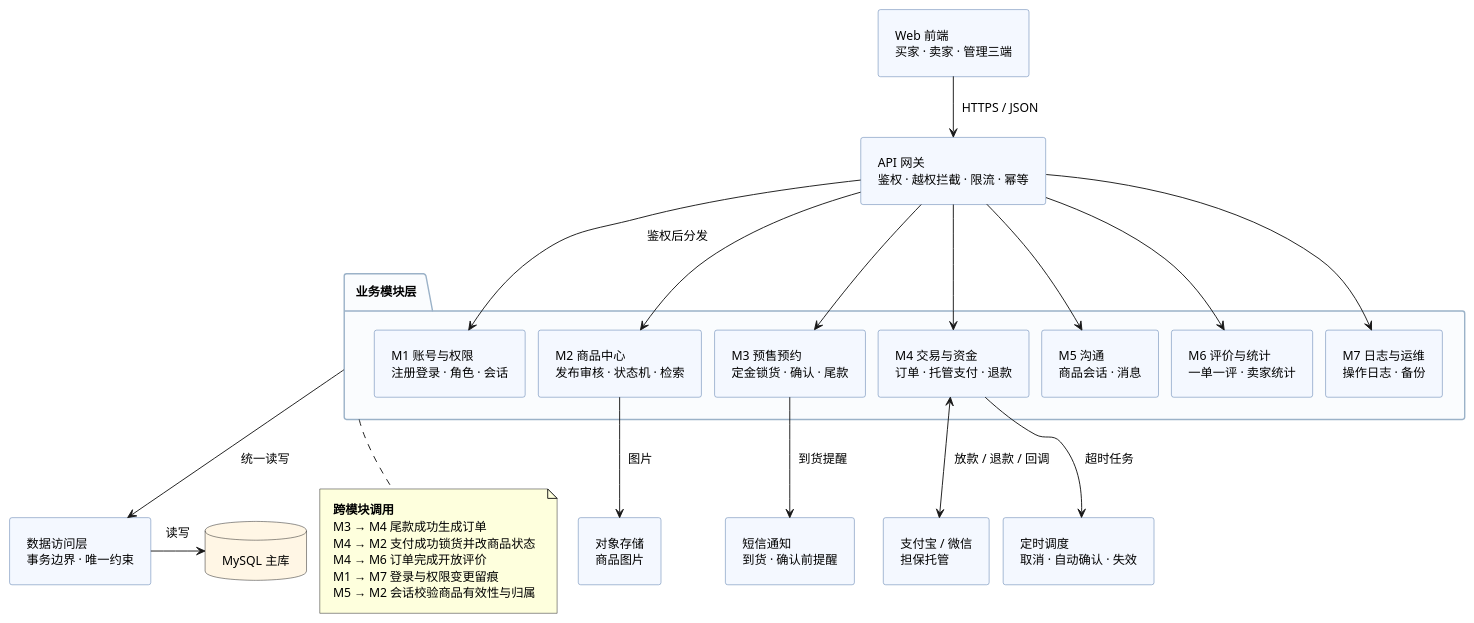
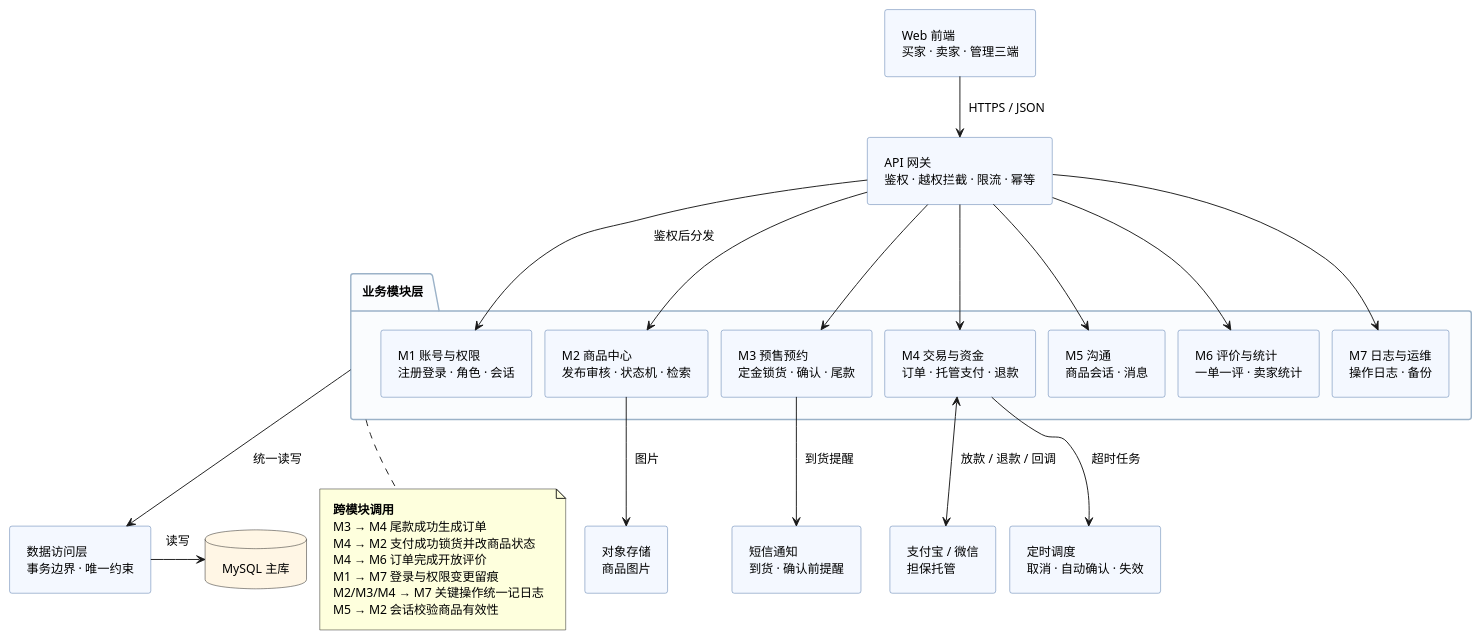
One commit to XuHR233/SE-lab1-requirements changed the diagram in lab02/UML/组件图.puml. Above: the diagram before and after it, drawn with PlantUML. The commit also changed 15 other files, not shown here.

Commit message:
按需求逐条复核全部 UML 图：类图补结算记录/纠纷工单与角色枚举，活动图2 补 15 天自动退款与客服介入分支，订单状态图补自动退款与预售取消口径，用例图补客服说明

```diff
--- a/lab02/UML/组件图.puml
+++ b/lab02/UML/组件图.puml
@@ -1,68 +1,69 @@
 @startuml
 ' 实验二 · 二手交易系统 · 组件图（模块划分与模块交互）
 ' 画法取舍：职责写进模块框内，不再用大块便签解释；跨模块交互压成底部图注。
 ' 版心约束：报告 A4 版心 16cm，图越宽字越小（12px 字号在 1920px 宽图上打印只有 1.0mm）。
 '           故模块标签压到 2 行、图注拆短行，把画布宽度收到 ~1100px，字高约 1.7mm 可读。
 skinparam defaultFontName "Microsoft YaHei"
 skinparam defaultFontSize 13
 skinparam shadowing false
 skinparam nodesep 14
 skinparam ranksep 30
 skinparam padding 8
 skinparam componentStyle rectangle
 skinparam component {
   BackgroundColor #F4F8FF
   BorderColor #4A6FA5
 }
 skinparam packageBackgroundColor #FAFCFE
 skinparam packageBorderColor #9BB2C8
 skinparam databaseBackgroundColor #FFF6E5
 
 component "Web 前端\n买家 · 卖家 · 管理三端" as FE
 component "API 网关\n鉴权 · 越权拦截 · 限流 · 幂等" as GW
 
 package "业务模块层" as BIZ {
   component "M1 账号与权限\n注册登录 · 角色 · 会话" as M1
   component "M2 商品中心\n发布审核 · 状态机 · 检索" as M2
   component "M3 预售预约\n定金锁货 · 确认 · 尾款" as M3
   component "M4 交易与资金\n订单 · 托管支付 · 退款" as M4
   component "M5 沟通\n商品会话 · 消息" as M5
   component "M6 评价与统计\n一单一评 · 卖家统计" as M6
   component "M7 日志与运维\n操作日志 · 备份" as M7
 }
 
 component "数据访问层\n事务边界 · 唯一约束" as DAO
 database "MySQL 主库" as DB
 component "支付宝 / 微信\n担保托管" as PAY
 component "对象存储\n商品图片" as OSS
 component "短信通知\n到货 · 确认前提醒" as SMS
 component "定时调度\n取消 · 自动确认 · 失效" as SCHED
 
 ' ———— 分层调用 ————
 FE --> GW : HTTPS / JSON
 
 GW --> M1 : 鉴权后分发
 GW --> M2
 GW --> M3
 GW --> M4
 GW --> M5
 GW --> M6
 GW --> M7
 
 BIZ --> DAO : 统一读写
 DAO -right-> DB : 读写
 M4 <--> PAY : 放款 / 退款 / 回调
 M2 --> OSS : 图片
 M3 --> SMS : 到货提醒
 M4 --> SCHED : 超时任务
 
 note bottom of BIZ
   <b>跨模块调用</b>
   M3 → M4 尾款成功生成订单
   M4 → M2 支付成功锁货并改商品状态
   M4 → M6 订单完成开放评价
   M1 → M7 登录与权限变更留痕
-  M5 → M2 会话校验商品有效性与归属
+  M2/M3/M4 → M7 关键操作统一记日志
+  M5 → M2 会话校验商品有效性
 end note
 
 @enduml
```
